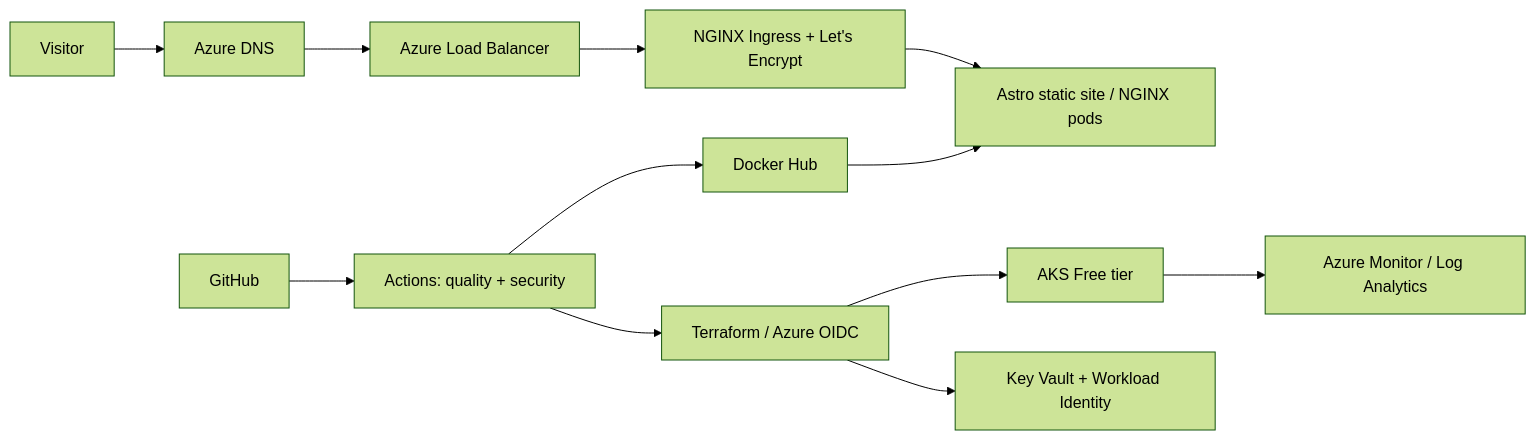
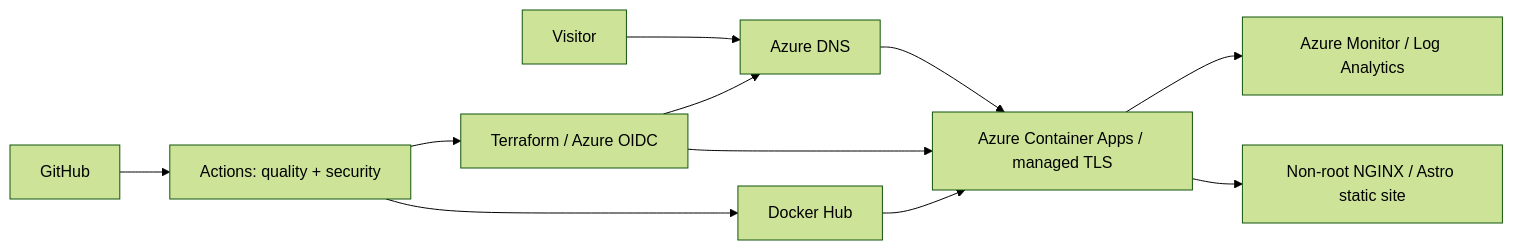
Before and after one commit to aliberkyldz/portfolio-platform: the diagram in README.md, drawn with Mermaid (forest theme). The commit also changed other lines of this file and 16 other files, not shown here.

Commit message:
infra: deploy portfolio on Azure Container Apps

````diff
--- a/README.md
+++ b/README.md
@@ -14,15 +16,14 @@
 ```mermaid
 flowchart LR
   User["Visitor"] --> DNS["Azure DNS"]
-  DNS --> LB["Azure Load Balancer"]
-  LB --> Ingress["NGINX Ingress + Let's Encrypt"]
-  Ingress --> Pods["Astro static site / NGINX pods"]
+  DNS --> ACA["Azure Container Apps / managed TLS"]
+  ACA --> NGINX["Non-root NGINX / Astro static site"]
 
   Dev["GitHub"] --> CI["Actions: quality + security"]
   CI --> Hub["Docker Hub"]
   CI --> TF["Terraform / Azure OIDC"]
-  Hub --> Pods
-  TF --> AKS["AKS Free tier"]
-  TF --> KV["Key Vault + Workload Identity"]
-  AKS --> Logs["Azure Monitor / Log Analytics"]
+  Hub --> ACA
+  TF --> ACA
+  TF --> DNS
+  ACA --> Logs["Azure Monitor / Log Analytics"]
 ```
````
